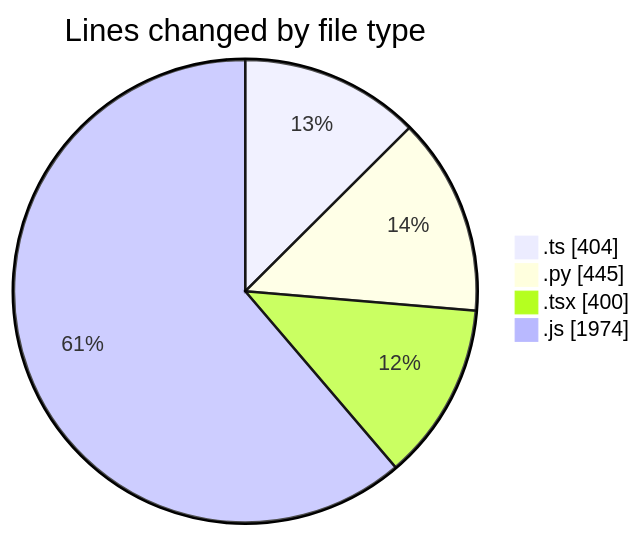
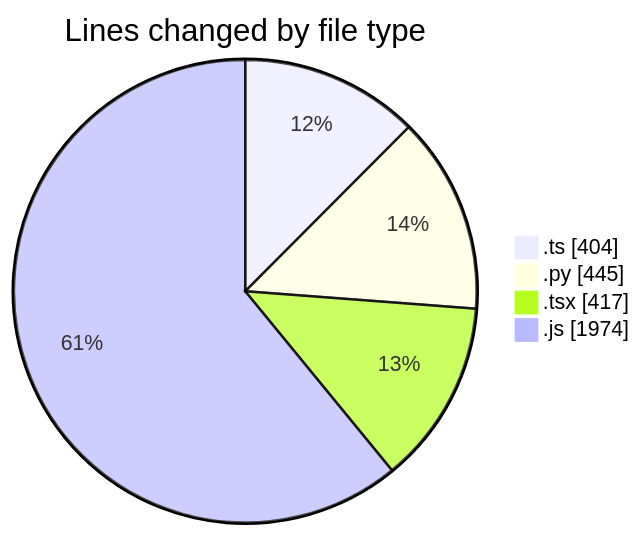
The first of 2 diagrams in 2025-05-19/niten/README.md (Elitesun/code-tracking), drawn with Mermaid before and after one commit. The commit also changed other lines of this file and 1 other file, not shown here.

````diff
--- a/2025-05-19/niten/README.md
+++ b/2025-05-19/niten/README.md
@@ -31,8 +31,8 @@
 ```mermaid
 pie showData
 title Lines changed by file type
 ".ts" : 404
 ".py" : 445
-".tsx" : 400
+".tsx" : 417
 ".js" : 1974
 ```
````
